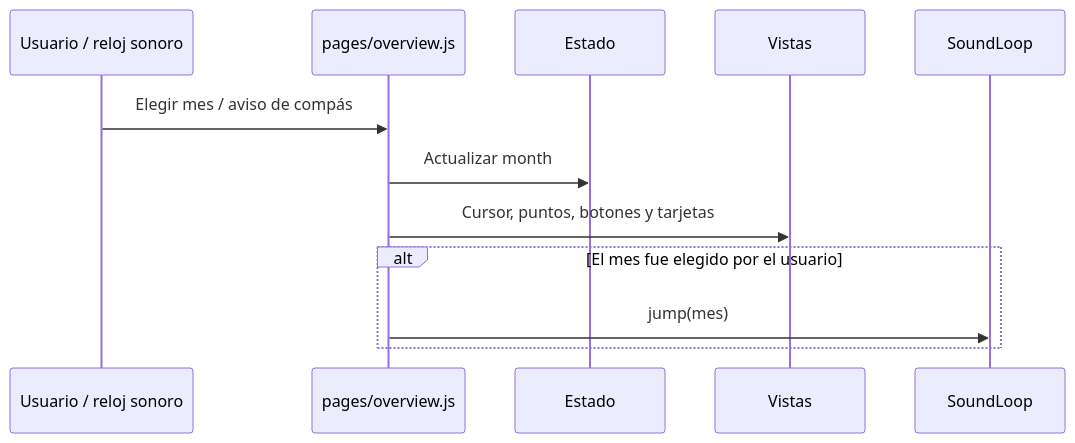
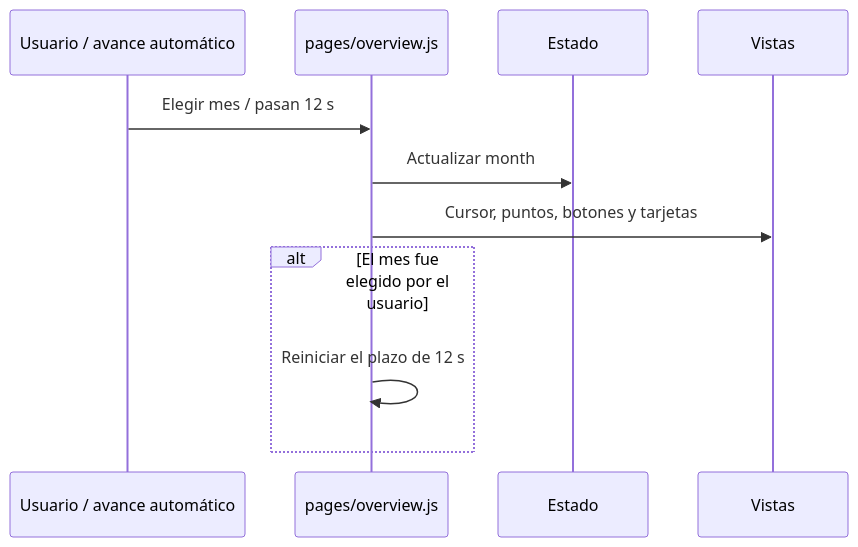
One commit to canija2000/infovis_2026-2 changed the first of 2 diagrams in docs/ARQUITECTURA.md. Above: the diagram before and after it, drawn with Mermaid. The commit also changed other lines of this file and 29 other files, not shown here.

````diff
--- a/docs/ARQUITECTURA.md
+++ b/docs/ARQUITECTURA.md
@@ -137,14 +132,13 @@
 ```mermaid
 sequenceDiagram
-    participant U as Usuario / reloj sonoro
+    participant U as Usuario / avance automático
     participant P as pages/overview.js
     participant S as Estado
     participant V as Vistas
-    participant A as SoundLoop
-    U->>P: Elegir mes / aviso de compás
+    U->>P: Elegir mes / pasan 12 s
     P->>S: Actualizar month
     P->>V: Cursor, puntos, botones y tarjetas
     alt El mes fue elegido por el usuario
-        P->>A: jump(mes)
+        P->>P: Reiniciar el plazo de 12 s
     end
 ```
````
